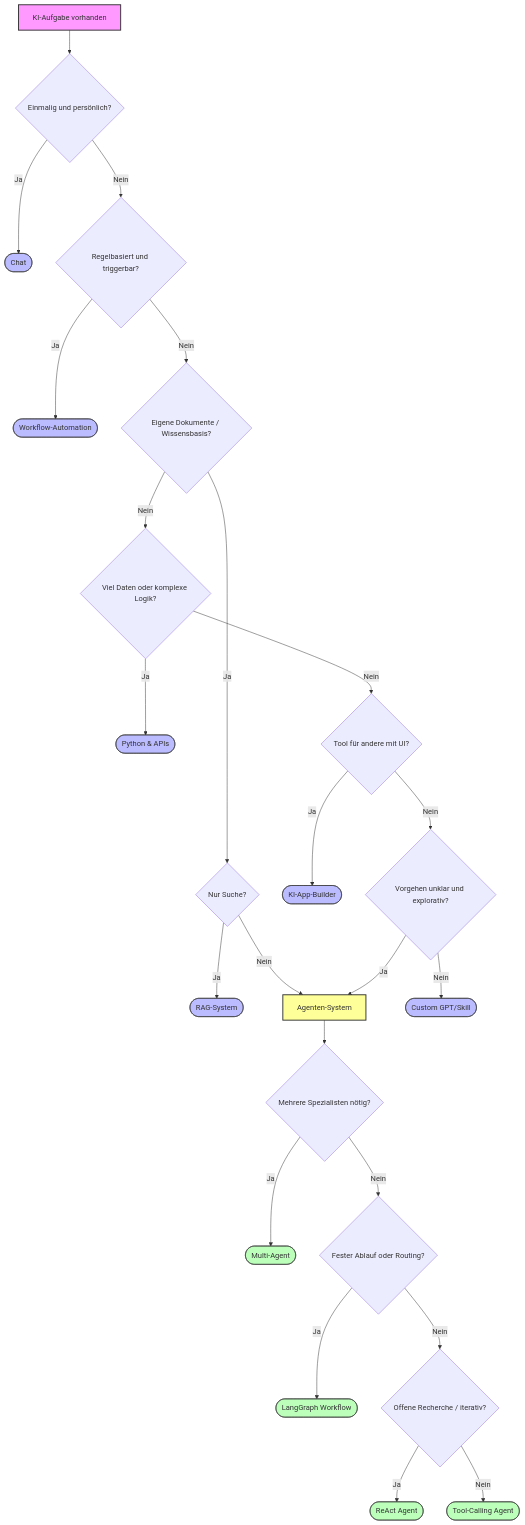
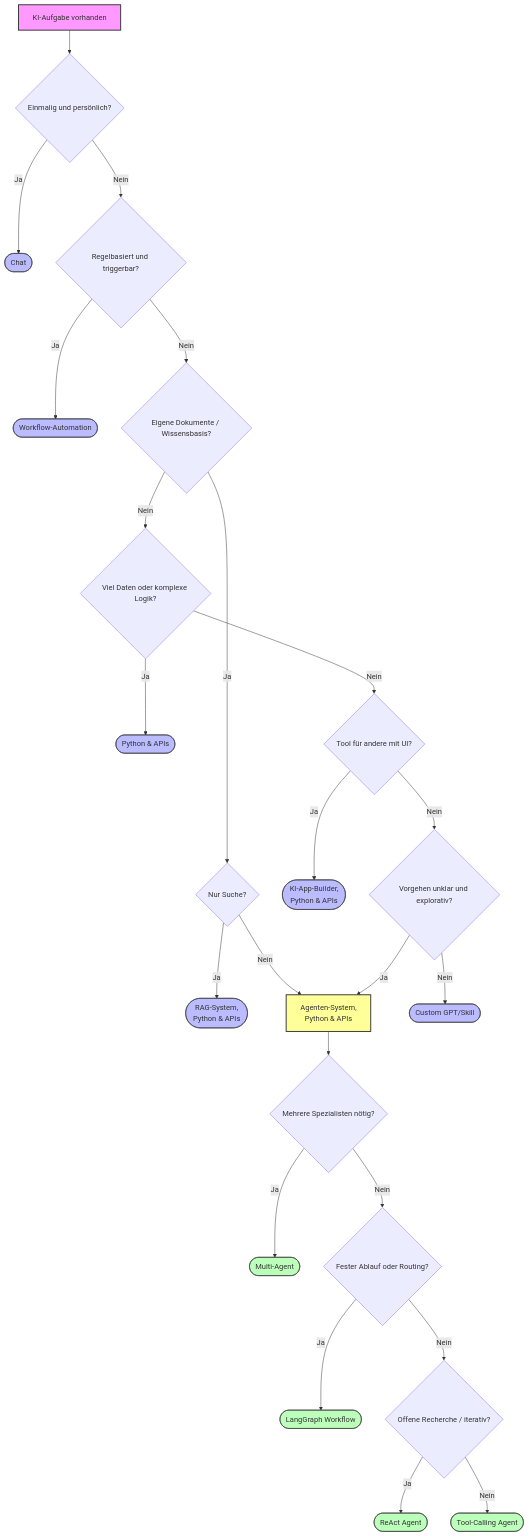
One commit to ralf-42/Agenten changed the diagram in docs/concepts/Aufgabenklassen_und_Loesungswege.md. Above: the diagram before and after it, drawn with Mermaid. The commit also changed other lines of this file, not shown here.

````diff
--- a/docs/concepts/Aufgabenklassen_und_Loesungswege.md
+++ b/docs/concepts/Aufgabenklassen_und_Loesungswege.md
@@ -125,36 +125,36 @@
 ```mermaid
 flowchart TD
     A[KI-Aufgabe vorhanden] --> B{Einmalig und persönlich?}
     B -->|Ja| B1([Chat])
     B -->|Nein| C{Regelbasiert und triggerbar?}
     C -->|Ja| C1([Workflow-Automation])
     C -->|Nein| D{Eigene Dokumente / Wissensbasis?}
     D -->|Ja| D0{Nur Suche?}
-    D0 -->|Ja| D1([RAG-System])
+    D0 -->|Ja| D1([RAG-System, <br>Python & APIs])
     D0 -->|Nein| AG
     D -->|Nein| E{Viel Daten oder komplexe Logik?}
     E -->|Ja| E1([Python & APIs])
     E -->|Nein| F{Tool für andere mit UI?}
-    F -->|Ja| F1([KI-App-Builder])
+    F -->|Ja| F1([KI-App-Builder, <br>Python & APIs])
     F -->|Nein| G{Vorgehen unklar und explorativ?}
     G -->|Nein| H1([Custom GPT/Skill])
-    G -->|Ja| AG[Agenten-System]
+    G -->|Ja| AG[Agenten-System, <br>Python & APIs]
 
     %% Ebene 2: Agentenarchitektur
     AG --> AG1{Mehrere Spezialisten nötig?}
     AG1 -->|Ja| MA([Multi-Agent])
     AG1 -->|Nein| AG2{Fester Ablauf oder Routing?}
     AG2 -->|Ja| WF([LangGraph Workflow])
     AG2 -->|Nein| AG3{Offene Recherche / iterativ?}
     AG3 -->|Ja| RE([ReAct Agent])
     AG3 -->|Nein| TC([Tool-Calling Agent])
 
     classDef start fill:#f9f,stroke:#333,stroke-width:2px
     classDef solution fill:#bbf,stroke:#333,stroke-width:1px
     classDef agent fill:#bfb,stroke:#333,stroke-width:1px
     classDef pivot fill:#ff9,stroke:#333,stroke-width:2px
     class A start
     class B1,C1,D1,E1,F1,H1 solution
     class MA,WF,RE,TC agent
     class AG pivot
 ```
````
